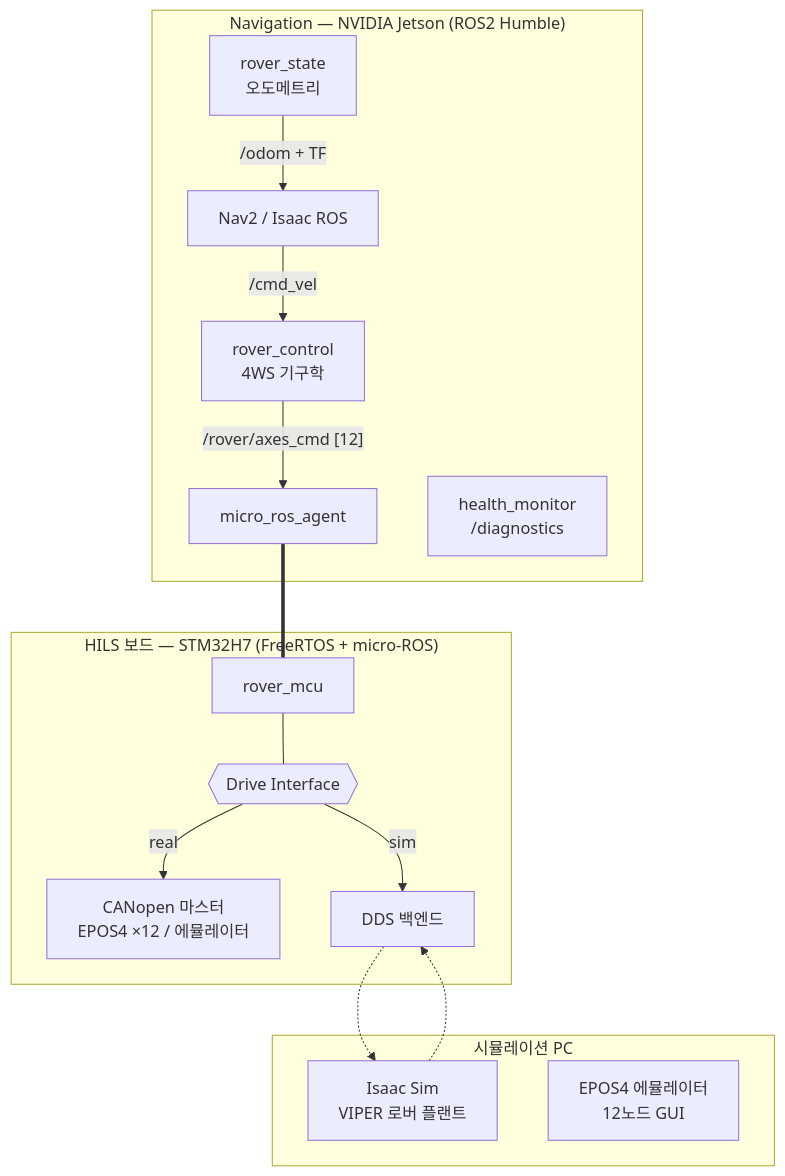
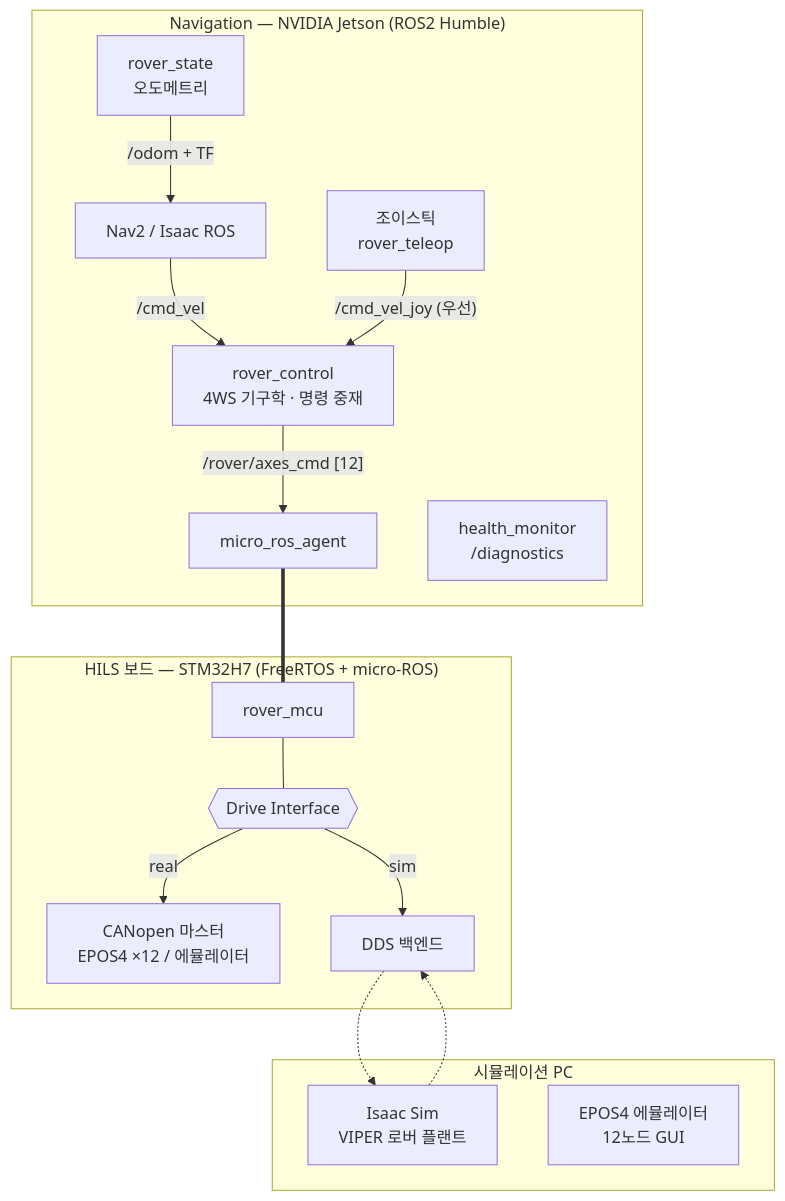
The diagram in homepage-src/docs/projects/l-project-hils.md (parclab-hsu/parclab-hsu.github.io), drawn with Mermaid before and after one commit. The commit also changed other lines of this file and 6 other files, not shown here.

````diff
--- a/homepage-src/docs/projects/l-project-hils.md
+++ b/homepage-src/docs/projects/l-project-hils.md
@@ -41,24 +41,25 @@
 ```mermaid
 flowchart TB
     subgraph J["Navigation — NVIDIA Jetson (ROS2 Humble)"]
-        NAV[Nav2 / Isaac ROS] -- /cmd_vel --> RC[rover_control<br/>4WS 기구학]
+        NAV[Nav2 / Isaac ROS] -- /cmd_vel --> RC[rover_control<br/>4WS 기구학 · 명령 중재]
+        JOY[조이스틱<br/>rover_teleop] -- "/cmd_vel_joy (우선)" --> RC
         RC -- "/rover/axes_cmd [12]" --> AG[micro_ros_agent]
         RS[rover_state<br/>오도메트리] -- /odom + TF --> NAV
         HM[health_monitor<br/>/diagnostics]
     end
 
     subgraph B["HILS 보드 — STM32H7 (FreeRTOS + micro-ROS)"]
         MCU[rover_mcu] --- DIF{{Drive Interface}}
         DIF -- real --> EPOS[CANopen 마스터<br/>EPOS4 ×12 / 에뮬레이터]
         DIF -- sim --> DSIM[DDS 백엔드]
     end
 
     subgraph S["시뮬레이션 PC"]
         SIM[Isaac Sim<br/>VIPER 로버 플랜트]
         EMU[EPOS4 에뮬레이터<br/>12노드 GUI]
     end
 
     AG === MCU
     DSIM -.-> SIM
     SIM -.-> DSIM
 ```
````
